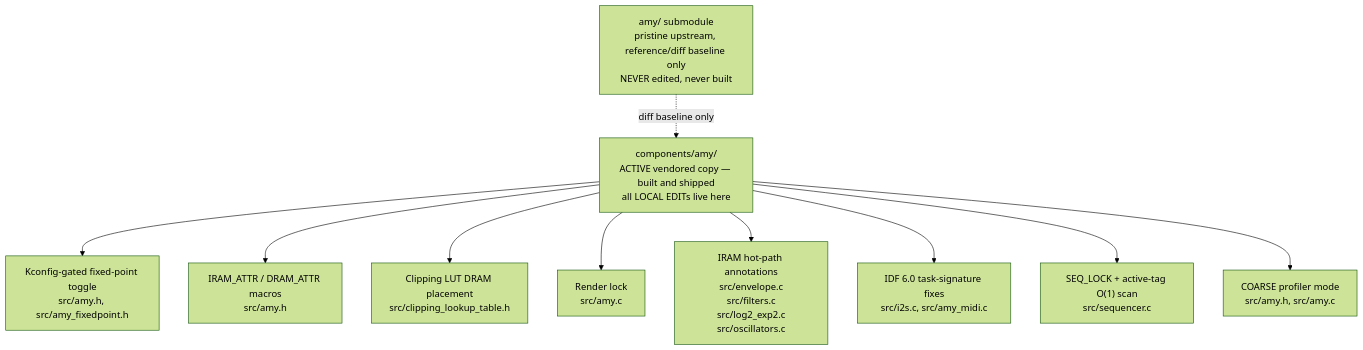
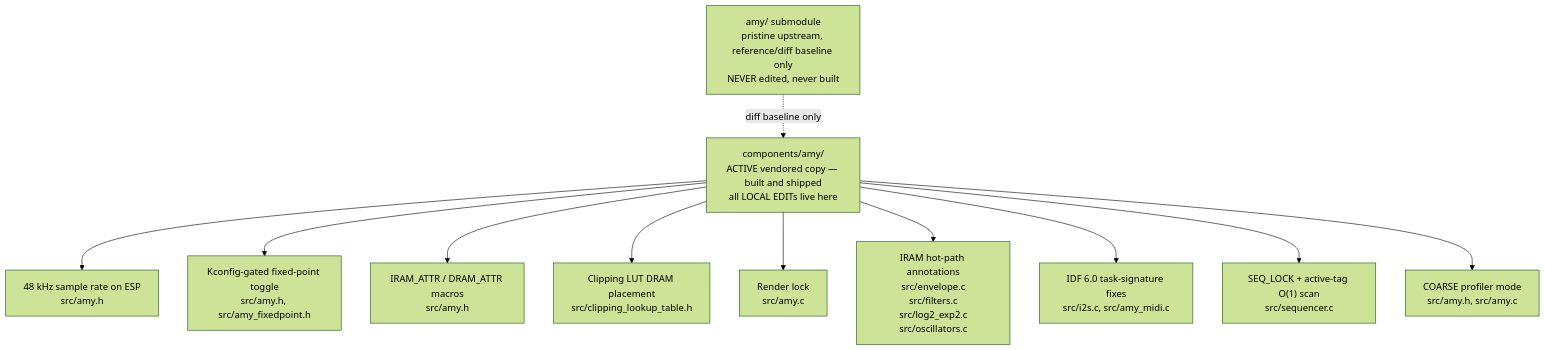
The diagram in AMY-EDITS.md (cxandy/S3-Amysynth), drawn with Mermaid (forest theme) before and after one commit. The commit also changed other lines of this file and 3 other files, not shown here.

````diff
--- a/AMY-EDITS.md
+++ b/AMY-EDITS.md
@@ -10,16 +11,17 @@
 ```mermaid
 flowchart TD
     Submodule["amy/ submodule<br/>pristine upstream, reference/diff baseline only<br/>NEVER edited, never built"]
     Active["components/amy/<br/>ACTIVE vendored copy — built and shipped<br/>all LOCAL EDITs live here"]
 
     Submodule -.diff baseline only.-> Active
 
+    Active --> SR["48 kHz sample rate on ESP<br/>src/amy.h"]
     Active --> FP["Kconfig-gated fixed-point toggle<br/>src/amy.h, src/amy_fixedpoint.h"]
     Active --> ATTR["IRAM_ATTR / DRAM_ATTR macros<br/>src/amy.h"]
     Active --> LUT["Clipping LUT DRAM placement<br/>src/clipping_lookup_table.h"]
     Active --> LOCK["Render lock<br/>src/amy.c"]
     Active --> HOT["IRAM hot-path annotations<br/>src/envelope.c<br/>src/filters.c<br/>src/log2_exp2.c<br/>src/oscillators.c"]
     Active --> TASK["IDF 6.0 task-signature fixes<br/>src/i2s.c, src/amy_midi.c"]
     Active --> SEQ["SEQ_LOCK + active-tag O(1) scan<br/>src/sequencer.c"]
     Active --> PROF["COARSE profiler mode<br/>src/amy.h, src/amy.c"]
 ```
````
